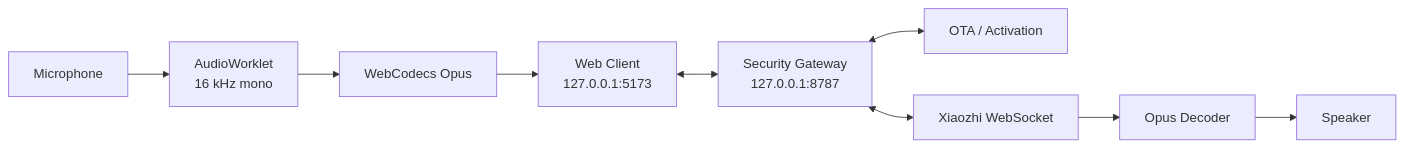
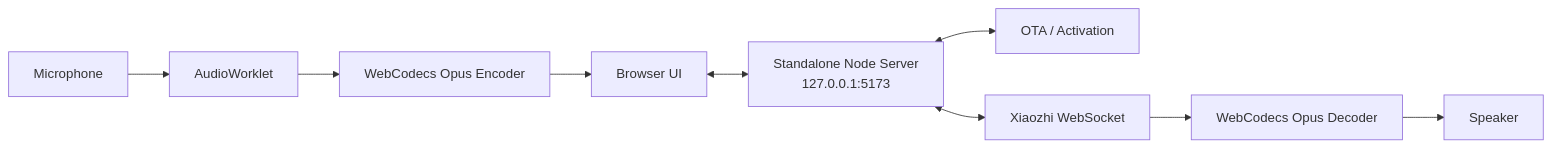
The first of 2 diagrams in README.md (Base27-CVNSS/ViPocket-Xiaozhi), drawn with Mermaid before and after one commit. The commit also changed other lines of this file, not shown here.

Commit message:
docs: synchronize Vietnamese guide with standalone 2.2

````diff
--- a/README.md
+++ b/README.md
@@ -60,11 +70,11 @@
 ```mermaid
 flowchart LR
-    MIC[Microphone] --> AW[AudioWorklet\n16 kHz mono]
-    AW --> OPUS[WebCodecs Opus]
-    OPUS --> WEB[Web Client\n127.0.0.1:5173]
-    WEB <--> GW[Security Gateway\n127.0.0.1:8787]
-    GW <--> OTA[OTA / Activation]
-    GW <--> WS[Xiaozhi WebSocket]
-    WS --> OPUS2[Opus Decoder]
-    OPUS2 --> SPK[Speaker]
+    MIC[Microphone] --> AW[AudioWorklet]
+    AW --> ENC[WebCodecs Opus Encoder]
+    ENC --> B[Browser UI]
+    B <--> S[Standalone Node Server\n127.0.0.1:5173]
+    S <--> OTA[OTA / Activation]
+    S <--> WS[Xiaozhi WebSocket]
+    WS --> DEC[WebCodecs Opus Decoder]
+    DEC --> SPK[Speaker]
 ```
````
